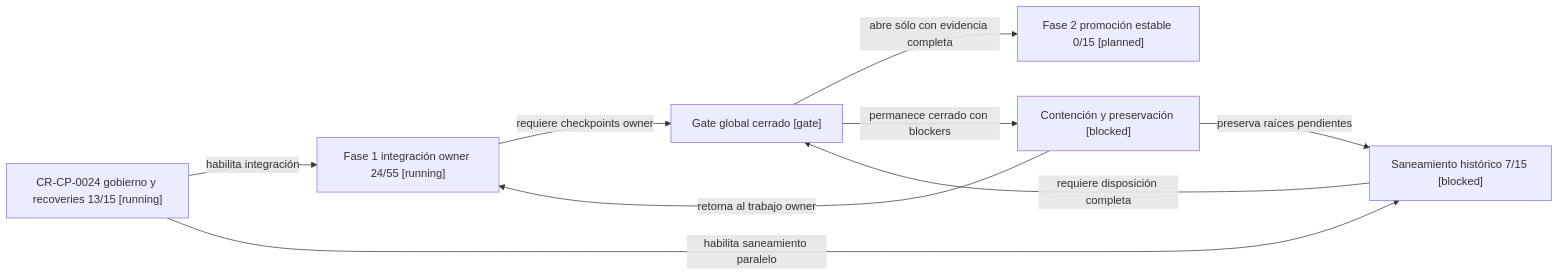
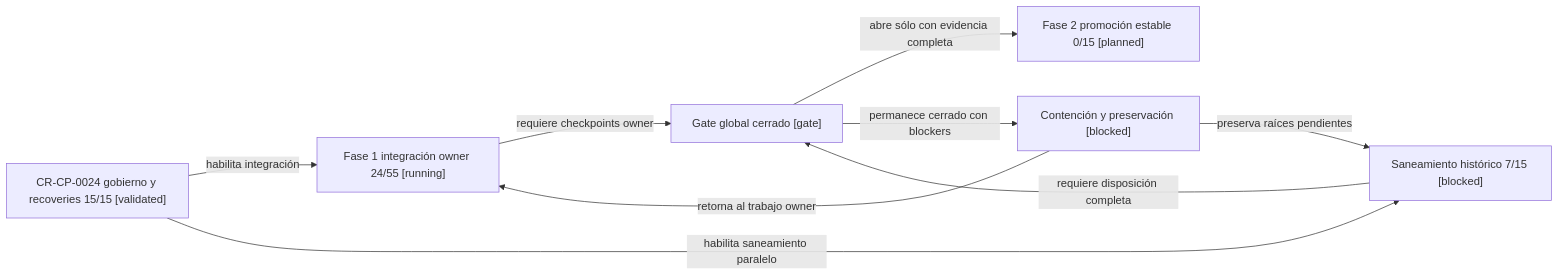
Before and after one commit to afpogo/4uentes-ards-control-plane: the diagram in evidence/requests/CR-CP-0024/program-scoreboard.md, drawn with Mermaid. The commit also changed other lines of this file and 4 other files, not shown here.

````diff
--- a/evidence/requests/CR-CP-0024/program-scoreboard.md
+++ b/evidence/requests/CR-CP-0024/program-scoreboard.md
@@ -48,18 +48,18 @@
 ```mermaid
 flowchart LR
-    P0["CR-CP-0024 gobierno y recoveries 13/15 [running]"]
+    P0["CR-CP-0024 gobierno y recoveries 15/15 [validated]"]
     P1["Fase 1 integración owner 24/55 [running]"]
     WS["Saneamiento histórico 7/15 [blocked]"]
     G["Gate global cerrado [gate]"]
     P2["Fase 2 promoción estable 0/15 [planned]"]
     B["Contención y preservación [blocked]"]
 
     P0 -->|"habilita integración"| P1
     P0 -->|"habilita saneamiento paralelo"| WS
     P1 -->|"requiere checkpoints owner"| G
     WS -->|"requiere disposición completa"| G
     G -->|"abre sólo con evidencia completa"| P2
     G -->|"permanece cerrado con blockers"| B
     B -->|"retorna al trabajo owner"| P1
     B -->|"preserva raíces pendientes"| WS
 ```
````
